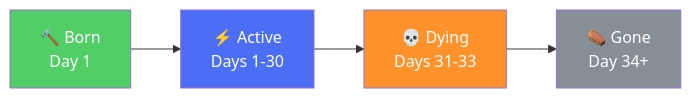
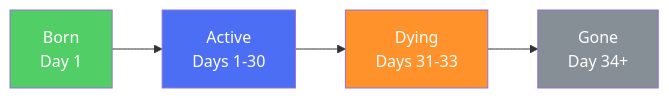
Before and after one commit to 8144225309/superscalar-docs: the second of 4 diagrams in core-concepts/laddering.md, drawn with Mermaid. The commit also changed other lines of this file and 31 other files, not shown here.

````diff
--- a/core-concepts/laddering.md
+++ b/core-concepts/laddering.md
@@ -51,11 +52,11 @@
 ```mermaid
 graph LR
-    B["🔨 Born<br/>Day 1"] --> A["⚡ Active<br/>Days 1-30"]
-    A --> D["💀 Dying<br/>Days 31-33"]
-    D --> G["⚰️ Gone<br/>Day 34+"]
+    B["Born<br/>Day 1"] --> A["Active<br/>Days 1-30"]
+    A --> D["Dying<br/>Days 31-33"]
+    D --> G["Gone<br/>Day 34+"]
 
     style B fill:#51cf66,color:#fff
     style A fill:#4c6ef5,color:#fff
     style D fill:#ff922b,color:#fff
     style G fill:#868e96,color:#fff
 ```
````
